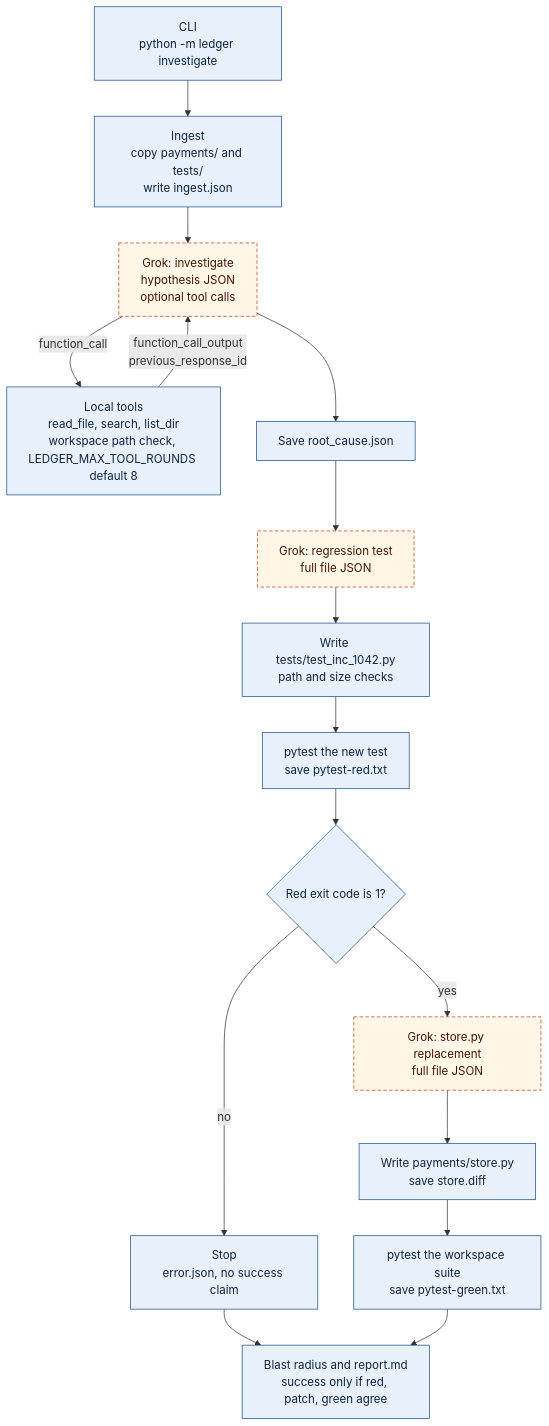
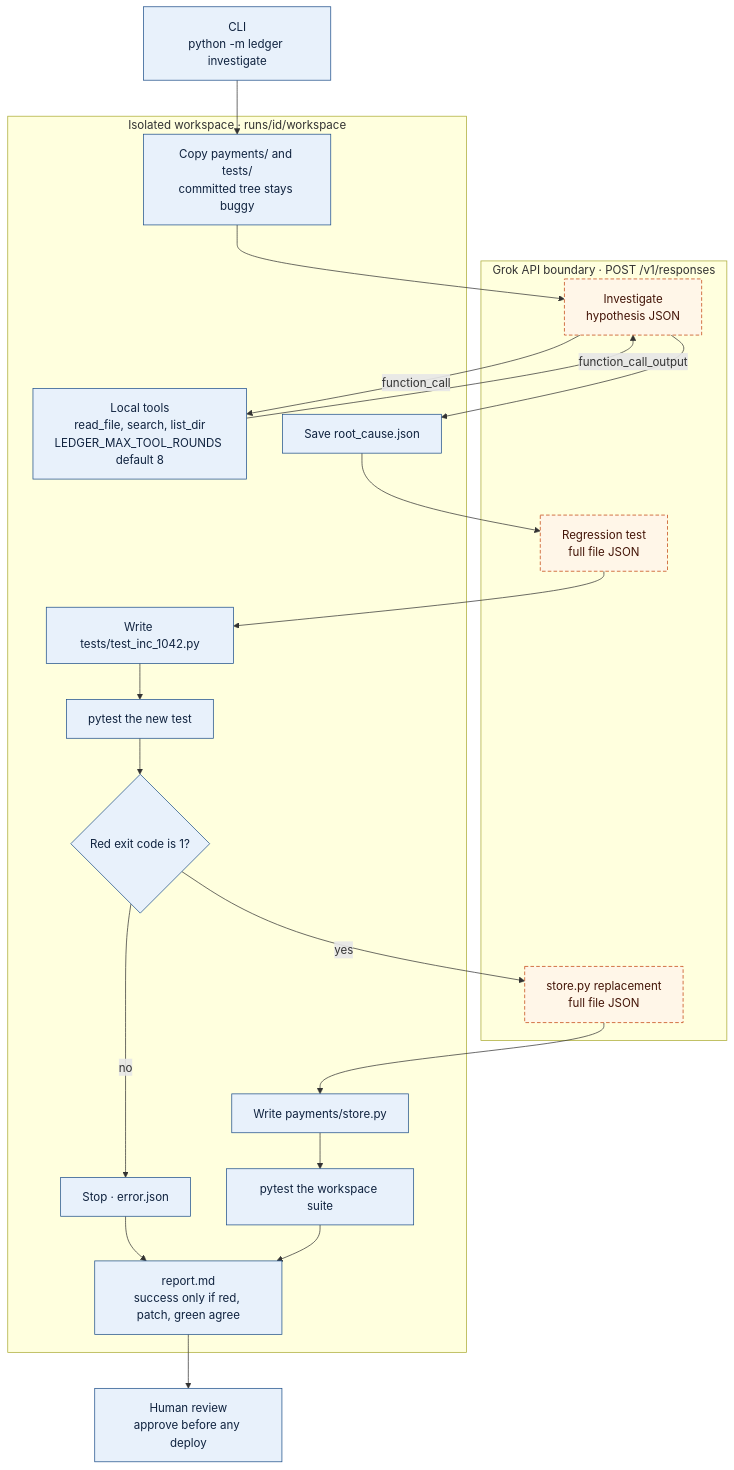
One commit to Kashish-1010/incident-remediation-agent-grok changed the diagram in docs/architecture.md. Above: the diagram before and after it, drawn with Mermaid. The commit also changed other lines of this file and 1 other file, not shown here.

Commit message:
Show the workspace and Grok boundary on the architecture diagram.
Human review is the last step after the report. Docs now match the default of eight tool rounds.

````diff
--- a/docs/architecture.md
+++ b/docs/architecture.md
@@ -7,30 +7,38 @@
 ```mermaid
 flowchart TD
   cli["CLI<br/>python -m ledger investigate"]
-  ingest["Ingest<br/>copy payments/ and tests/<br/>write ingest.json"]
-  tools["Local tools<br/>read_file, search, list_dir<br/>workspace path check, LEDGER_MAX_TOOL_ROUNDS default 8"]
-  root["Save root_cause.json"]
-  writeTest["Write tests/test_inc_1042.py<br/>path and size checks"]
-  red["pytest the new test<br/>save pytest-red.txt"]
-  gate{"Red exit code is 1?"}
-  writeStore["Write payments/store.py<br/>save store.diff"]
-  green["pytest the workspace suite<br/>save pytest-green.txt"]
-  stop["Stop<br/>error.json, no success claim"]
-  report["Blast radius and report.md<br/>success only if red, patch, green agree"]
 
-  reason["Grok: investigate<br/>hypothesis JSON<br/>optional tool calls"]
-  testCall["Grok: regression test<br/>full file JSON"]
-  patchCall["Grok: store.py replacement<br/>full file JSON"]
+  subgraph ws["Isolated workspace · runs/id/workspace"]
+    ingest["Copy payments/ and tests/<br/>committed tree stays buggy"]
+    tools["Local tools<br/>read_file, search, list_dir<br/>LEDGER_MAX_TOOL_ROUNDS default 8"]
+    root["Save root_cause.json"]
+    writeTest["Write tests/test_inc_1042.py"]
+    red["pytest the new test"]
+    gate{"Red exit code is 1?"}
+    writeStore["Write payments/store.py"]
+    green["pytest the workspace suite"]
+    stop["Stop · error.json"]
+    report["report.md<br/>success only if red, patch, green agree"]
+  end
+
+  subgraph api["Grok API boundary · POST /v1/responses"]
+    reason["Investigate<br/>hypothesis JSON"]
+    testCall["Regression test<br/>full file JSON"]
+    patchCall["store.py replacement<br/>full file JSON"]
+  end
+
+  human["Human review<br/>approve before any deploy"]
 
   cli --> ingest --> reason
   reason -->|function_call| tools
-  tools -->|function_call_output<br/>previous_response_id| reason
+  tools -->|function_call_output| reason
   reason --> root --> testCall --> writeTest --> red --> gate
   gate -->|no| stop --> report
   gate -->|yes| patchCall --> writeStore --> green --> report
+  report --> human
 
-  class cli,ingest,tools,root,writeTest,red,gate,writeStore,green,stop,report code
+  class cli,ingest,tools,root,writeTest,red,gate,writeStore,green,stop,report,human code
   class reason,testCall,patchCall grok
   classDef code fill:#e8f1fb,stroke:#1d4e89,color:#10233f
   classDef grok fill:#fff6e8,stroke:#c2410c,color:#431407,stroke-dasharray: 5 3
 ```
````
